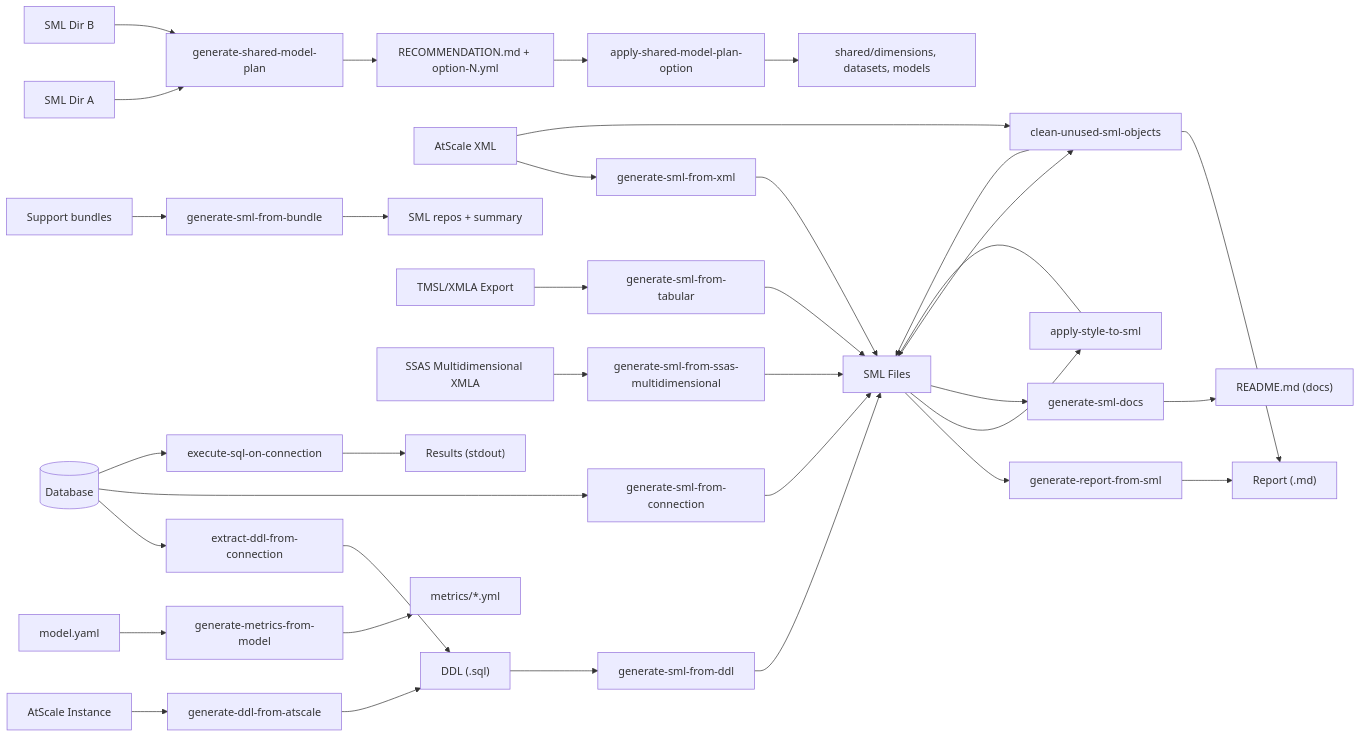
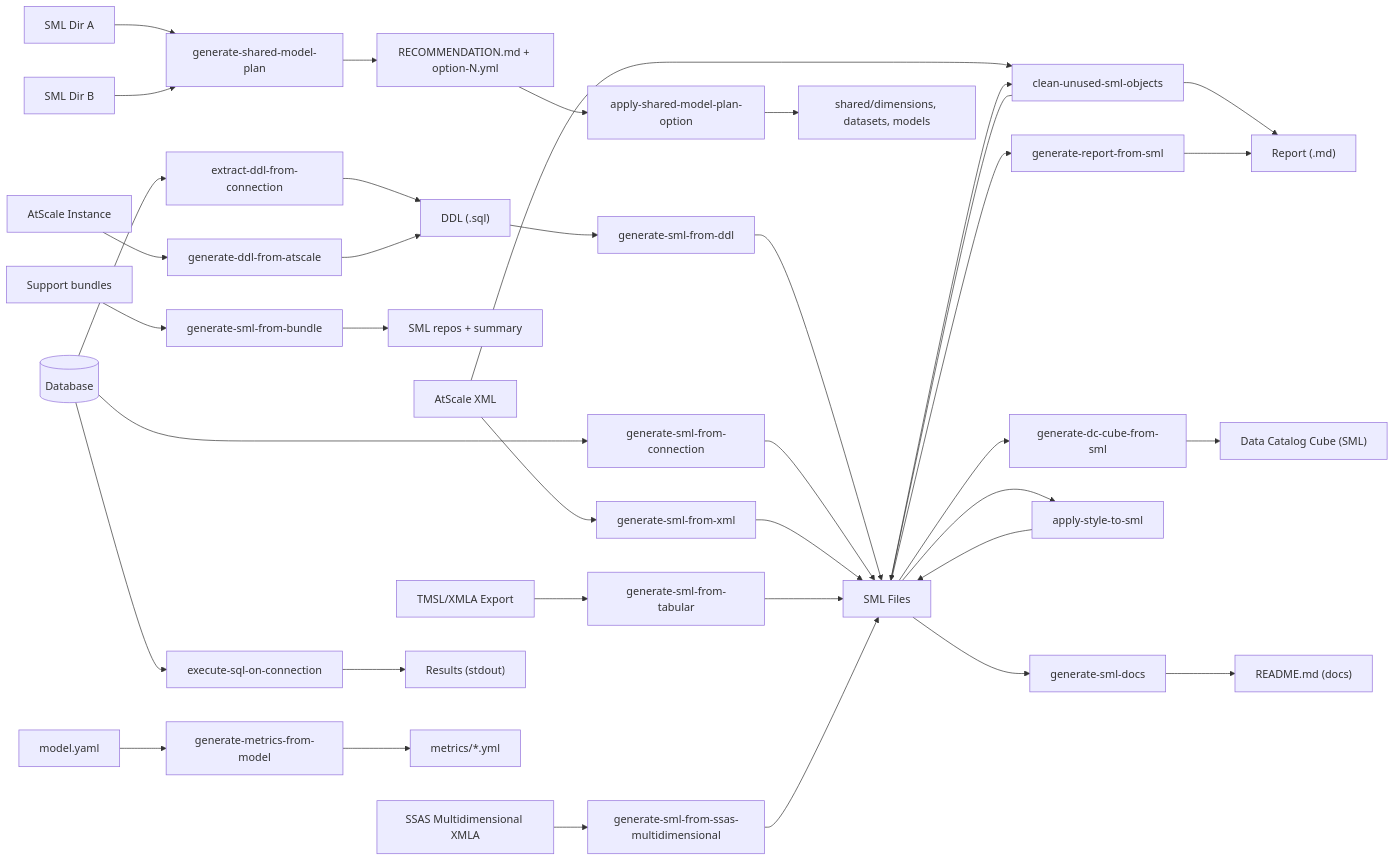
One commit to AtScaleInc/ps-utils changed the second of 8 diagrams in docs/reference/ACTIONS.md. Above: the diagram before and after it, drawn with Mermaid. The commit also changed other lines of this file and 9 other files, not shown here.

First line of the commit message:
feat: add generate-dc-cube-from-sml operation

````diff
--- a/docs/reference/ACTIONS.md
+++ b/docs/reference/ACTIONS.md
@@ -19,21 +19,22 @@
 ```mermaid
 flowchart LR
     DB[("Database")] --> A["extract-ddl-from-connection"] --> DDL["DDL (.sql)"]
     ATS["AtScale Instance"] --> B["generate-ddl-from-atscale"] --> DDL
     DDL --> C["generate-sml-from-ddl"] --> SML["SML Files"]
     DB --> D["generate-sml-from-connection"] --> SML
     XML["AtScale XML"] --> G["generate-sml-from-xml"] --> SML
     BUNDLE["Support bundles"] --> GB["generate-sml-from-bundle"] --> SMLB["SML repos + summary"]
     TMSL["TMSL/XMLA Export"] --> N["generate-sml-from-tabular"] --> SML
     SSASMD["SSAS Multidimensional XMLA"] --> O["generate-sml-from-ssas-multidimensional"] --> SML
     XML --> L["generate-report-from-xml"] --> RPT["Report (.md)"]
     SML --> M["generate-report-from-sml"] --> RPT
+    SML --> P["generate-dc-cube-from-sml"] --> DCC["Data Catalog Cube (SML)"]
     SML2A["SML Dir A"] --> H["generate-shared-model-plan"] --> PLAN["RECOMMENDATION.md + option-N.yml"]
     SML2B["SML Dir B"] --> H
     PLAN --> I["apply-shared-model-plan-option"] --> SHARED["shared/dimensions, datasets, models"]
     DB --> E["execute-sql-on-connection"] --> OUT["Results (stdout)"]
     MODEL["model.yaml"] --> F["generate-metrics-from-model"] --> METRICS["metrics/*.yml"]
     SML --> J["apply-style-to-sml"] --> SML
     SML --> K["generate-sml-docs"] --> DOCS["README.md (docs)"]
     SML --> L["clean-unused-sml-objects"] --> SML
 ```
````
